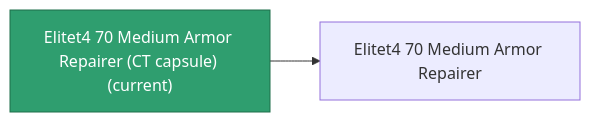
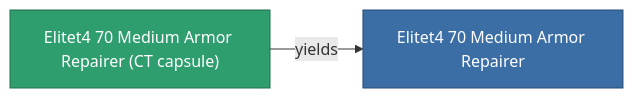
Before and after one commit to OpenPerpetuum/Wiki: the diagram in content/content/items/elitet4_70_medium_armor_repairer_CT_capsule.md, drawn with Mermaid. The commit also changed other lines of this file and 2015 other files, not shown here.

````diff
--- a/content/content/items/elitet4_70_medium_armor_repairer_CT_capsule.md
+++ b/content/content/items/elitet4_70_medium_armor_repairer_CT_capsule.md
@@ -33,8 +33,9 @@
 ```mermaid
 graph LR
-    a["Elitet4 70 Medium Armor Repairer (CT capsule) (current)"]:::current
-    b["Elitet4 70 Medium Armor Repairer"]
-    a --> b
-    click b "/content/items/elitet4-70-medium-armor-repairer/" "Elitet4 70 Medium Armor Repairer"
+    a["Elitet4 70 Medium Armor Repairer (CT capsule)"]:::current
+    b["Elitet4 70 Medium Armor Repairer"]:::finished
+    a -->|yields| b
+                click b "/content/items/elitet4-70-medium-armor-repairer/" "Elitet4 70 Medium Armor Repairer"
     classDef current fill:#2f9e6f,stroke:#1f6f4a,color:#ffffff
+    classDef finished fill:#3b6ea5,stroke:#274a75,color:#ffffff
 ```
````
